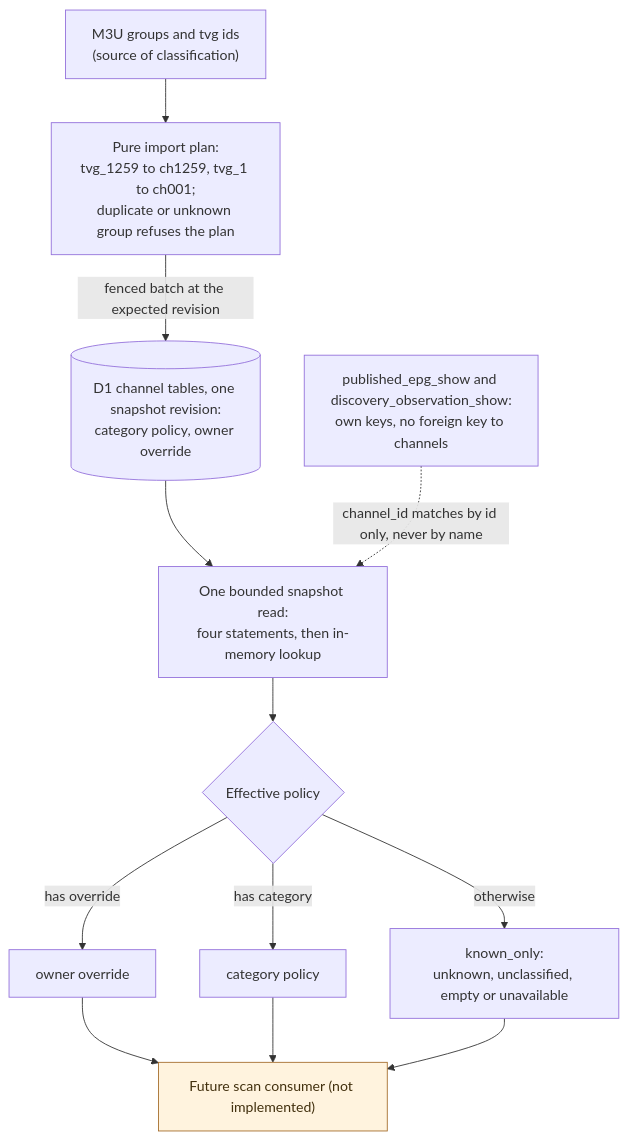
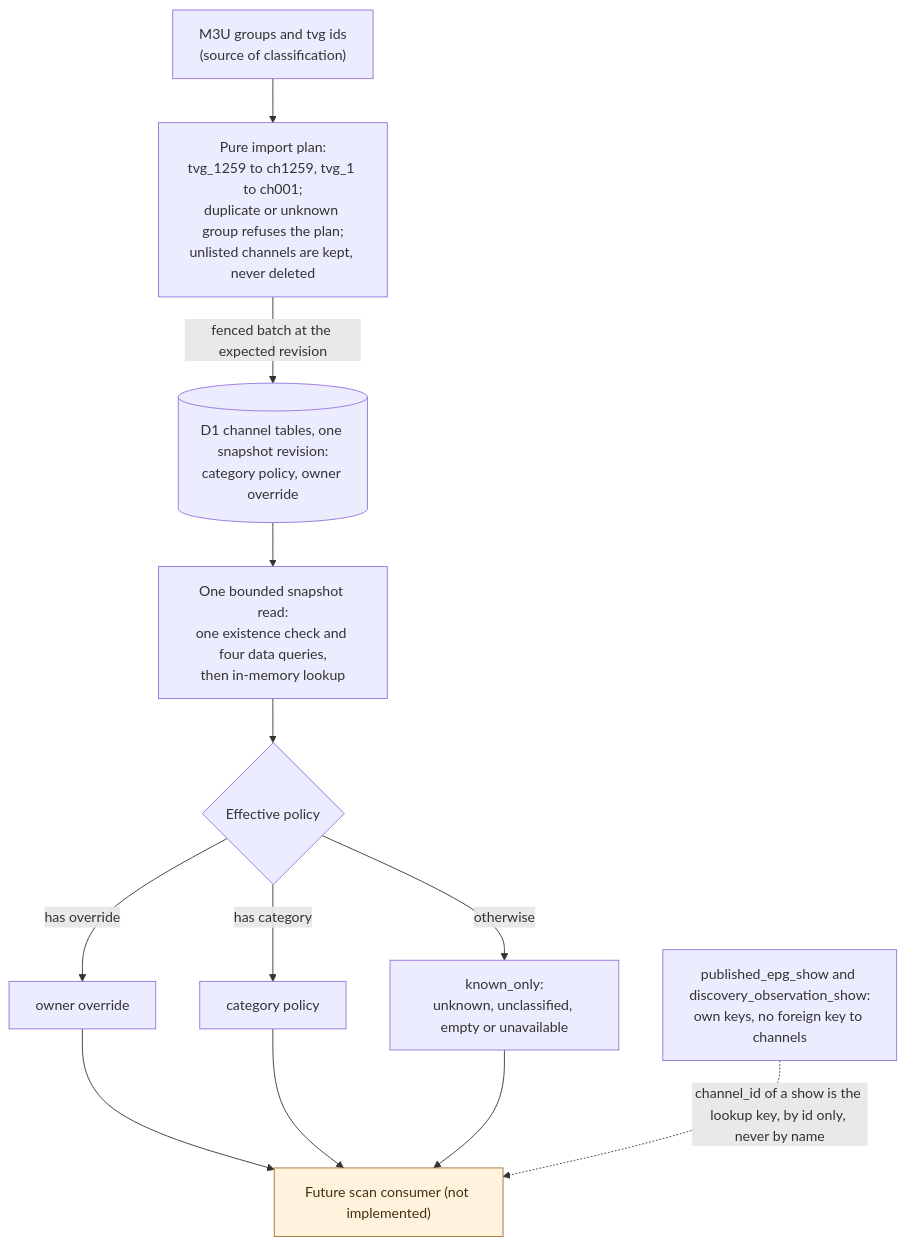
One commit to vladimino/iptv-watchlist changed the sixth of 6 diagrams in docs/architecture/epg-and-availability.md. Above: the diagram before and after it, drawn with Mermaid. The commit also changed 6 other files, not shown here.

First line of the commit message:
AIR-561: address review (no channel deletion, whole-plan digest, exact override intent)

````diff
--- a/docs/architecture/epg-and-availability.md
+++ b/docs/architecture/epg-and-availability.md
@@ -166,23 +166,23 @@
 ```mermaid
 flowchart TD
     m3u["M3U groups and tvg ids<br/>(source of classification)"]
-    plan["Pure import plan:<br/>tvg_1259 to ch1259, tvg_1 to ch001;<br/>duplicate or unknown group refuses the plan"]
+    plan["Pure import plan:<br/>tvg_1259 to ch1259, tvg_1 to ch001;<br/>duplicate or unknown group refuses the plan;<br/>unlisted channels are kept, never deleted"]
     tables[("D1 channel tables, one snapshot revision:<br/>category policy, owner override")]
-    snapshot["One bounded snapshot read:<br/>four statements, then in-memory lookup"]
+    snapshot["One bounded snapshot read:<br/>one existence check and four data queries,<br/>then in-memory lookup"]
     derive{"Effective policy"}
     override["owner override"]
     category["category policy"]
     fallback["known_only:<br/>unknown, unclassified, empty or unavailable"]
     reader["Future scan consumer (not implemented)"]
     shows["published_epg_show and discovery_observation_show:<br/>own keys, no foreign key to channels"]
     m3u --> plan -->|"fenced batch at the expected revision"| tables --> snapshot --> derive
     derive -->|"has override"| override
     derive -->|"has category"| category
     derive -->|"otherwise"| fallback
     override --> reader
     category --> reader
     fallback --> reader
-    shows -.->|"channel_id matches by id only, never by name"| snapshot
+    shows -.->|"channel_id of a show is the lookup key, by id only, never by name"| reader
     classDef future fill:#fff3de,stroke:#a56c2b,color:#42300e
     class reader future
 ```
````
